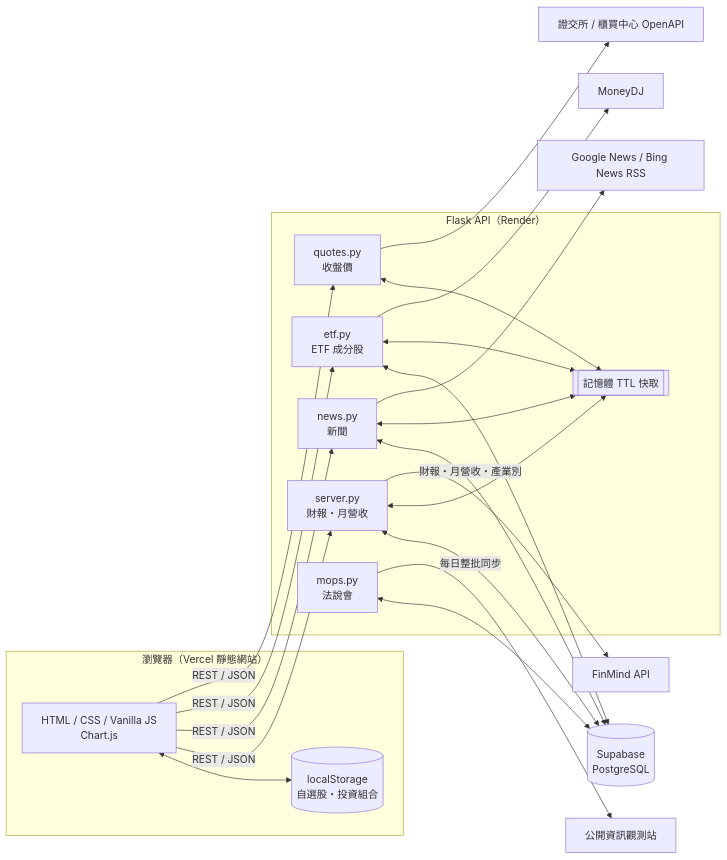
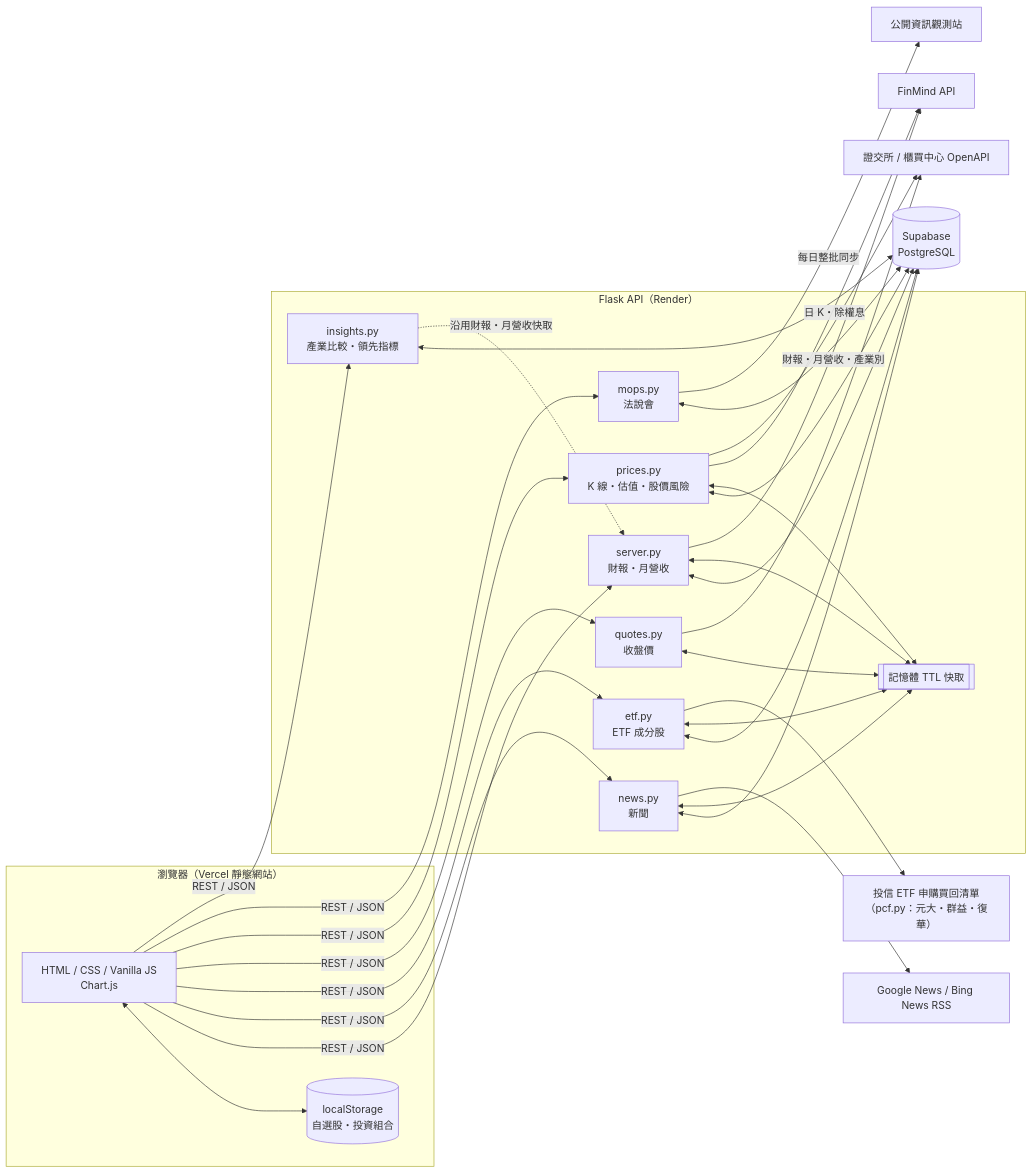
Before and after one commit to Ethan1407/financial-Statement: the diagram in README.md, drawn with Mermaid. The commit also changed other lines of this file and 7 other files, not shown here.

````diff
--- a/README.md
+++ b/README.md
@@ -61,29 +61,33 @@
 ```mermaid
 flowchart LR
     subgraph Browser["瀏覽器（Vercel 靜態網站）"]
         UI["HTML / CSS / Vanilla JS<br/>Chart.js"]
         LS[("localStorage<br/>自選股・投資組合")]
     end
 
     subgraph API["Flask API（Render）"]
         S["server.py<br/>財報・月營收"]
         N["news.py<br/>新聞"]
         E["etf.py<br/>ETF 成分股"]
         Q["quotes.py<br/>收盤價"]
+        P["prices.py<br/>K 線・估值・股價風險"]
+        I["insights.py<br/>產業比較・領先指標"]
         C["mops.py<br/>法說會"]
         M[["記憶體 TTL 快取"]]
     end
 
     DB[("Supabase<br/>PostgreSQL")]
 
     UI <--> LS
-    UI -- "REST / JSON" --> S & N & E & Q
-    S & N & E & C <--> DB
-    S & N & E & Q <--> M
+    UI -- "REST / JSON" --> S & N & E & Q & P & C & I
+    S & N & E & P & C & I <--> DB
+    I -. 沿用財報・月營收快取 .-> S
+    S & N & E & Q & P <--> M
 
     S -- 財報・月營收・產業別 --> FM["FinMind API"]
+    P -- 日 K・除權息 --> FM
     N --> GN["Google News / Bing News RSS"]
-    E --> MD["MoneyDJ"]
-    Q --> TW["證交所 / 櫃買中心 OpenAPI"]
+    E --> MD["投信 ETF 申購買回清單<br/>（pcf.py：元大・群益・復華）"]
+    Q & P --> TW["證交所 / 櫃買中心 OpenAPI"]
     C -- 每日整批同步 --> MOPS["公開資訊觀測站"]
 ```
````
